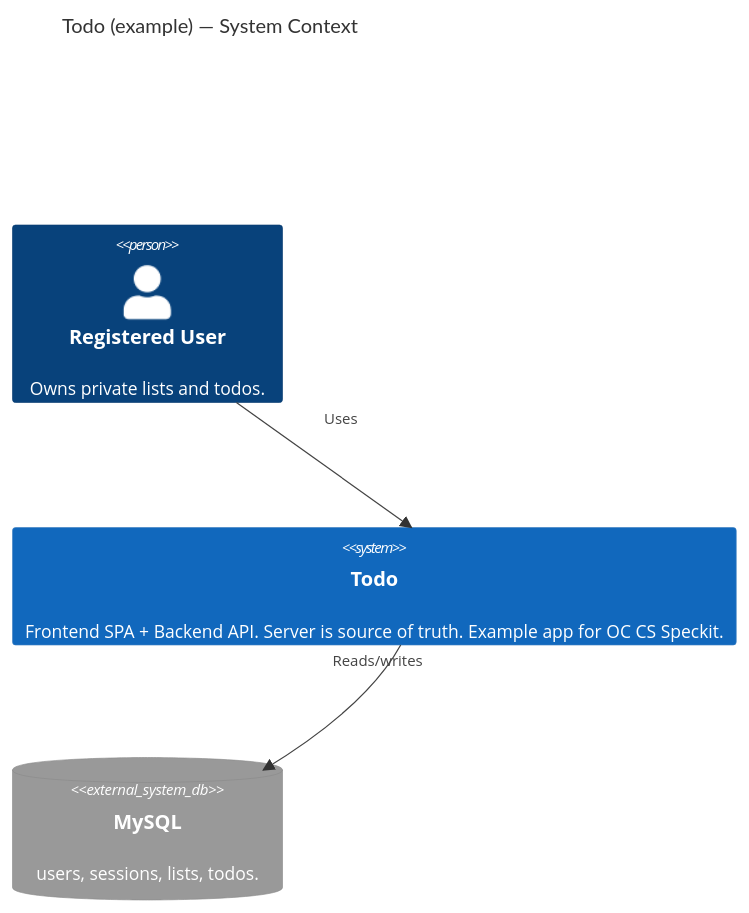
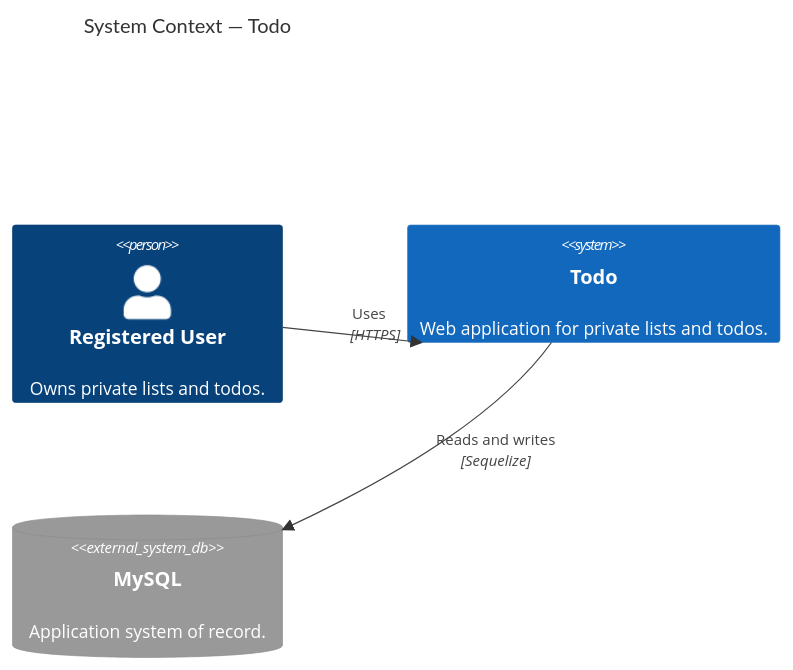
Before and after one commit to OC-ComputerScience/todospeckit: the diagram in docs/arch_diagrams/c4-context.md, drawn with Mermaid. The commit also changed other lines of this file and 17 other files, not shown here.

````diff
--- a/docs/arch_diagrams/c4-context.md
+++ b/docs/arch_diagrams/c4-context.md
@@ -7,16 +5,16 @@
 ```mermaid
 C4Context
-title Todo (example) — System Context
+title System Context — Todo
 
 UpdateLayoutConfig($c4ShapeInRow="3", $c4BoundaryInRow="1")
 
 Person(user, "Registered User", "Owns private lists and todos.")
-System(todoApp, "Todo", "Frontend SPA + Backend API. Server is source of truth. Example app for OC CS Speckit.")
-SystemDb_Ext(mysql, "MySQL", "users, sessions, lists, todos.")
+System(todoApp, "Todo", "Web application for private lists and todos.")
+SystemDb_Ext(mysql, "MySQL", "Application system of record.")
 
-Rel_R(user, todoApp, "Uses")
-Rel_R(todoApp, mysql, "Reads/writes")
+Rel(user, todoApp, "Uses", "HTTPS")
+Rel(todoApp, mysql, "Reads and writes", "Sequelize")
 
-UpdateRelStyle(user, todoApp, $offsetX="0", $offsetY="-40")
-UpdateRelStyle(todoApp, mysql, $offsetX="0", $offsetY="-40")
+UpdateRelStyle(user, todoApp, $offsetY="-20")
+UpdateRelStyle(todoApp, mysql, $offsetX="15")
 ```
````
